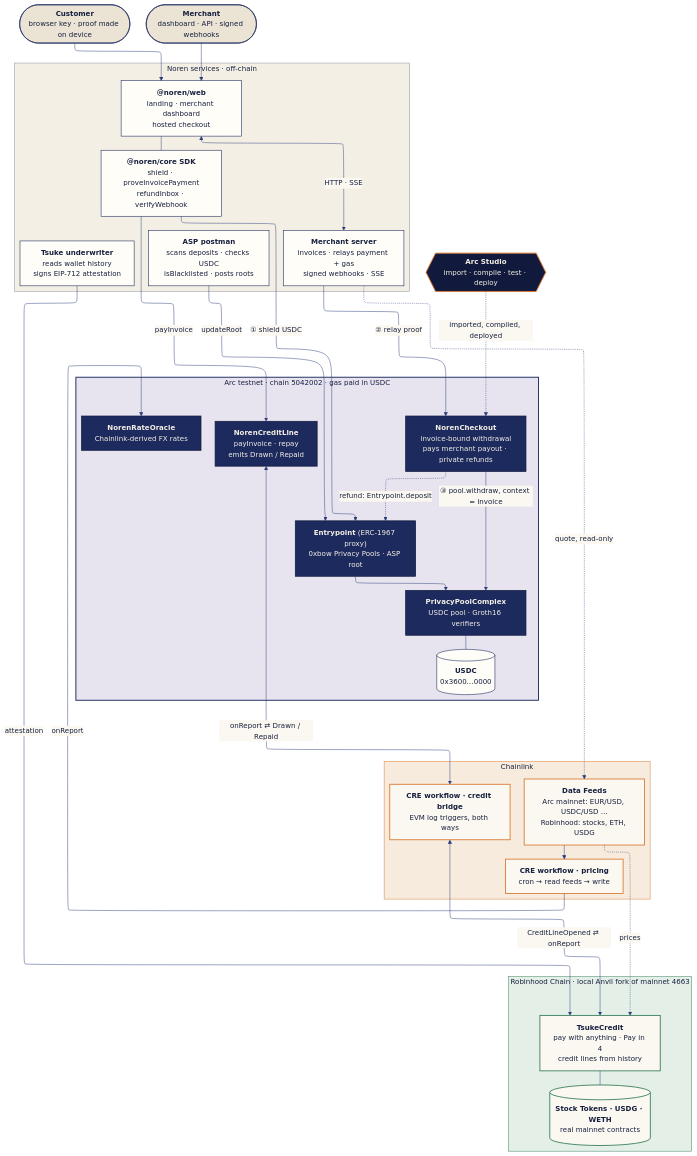
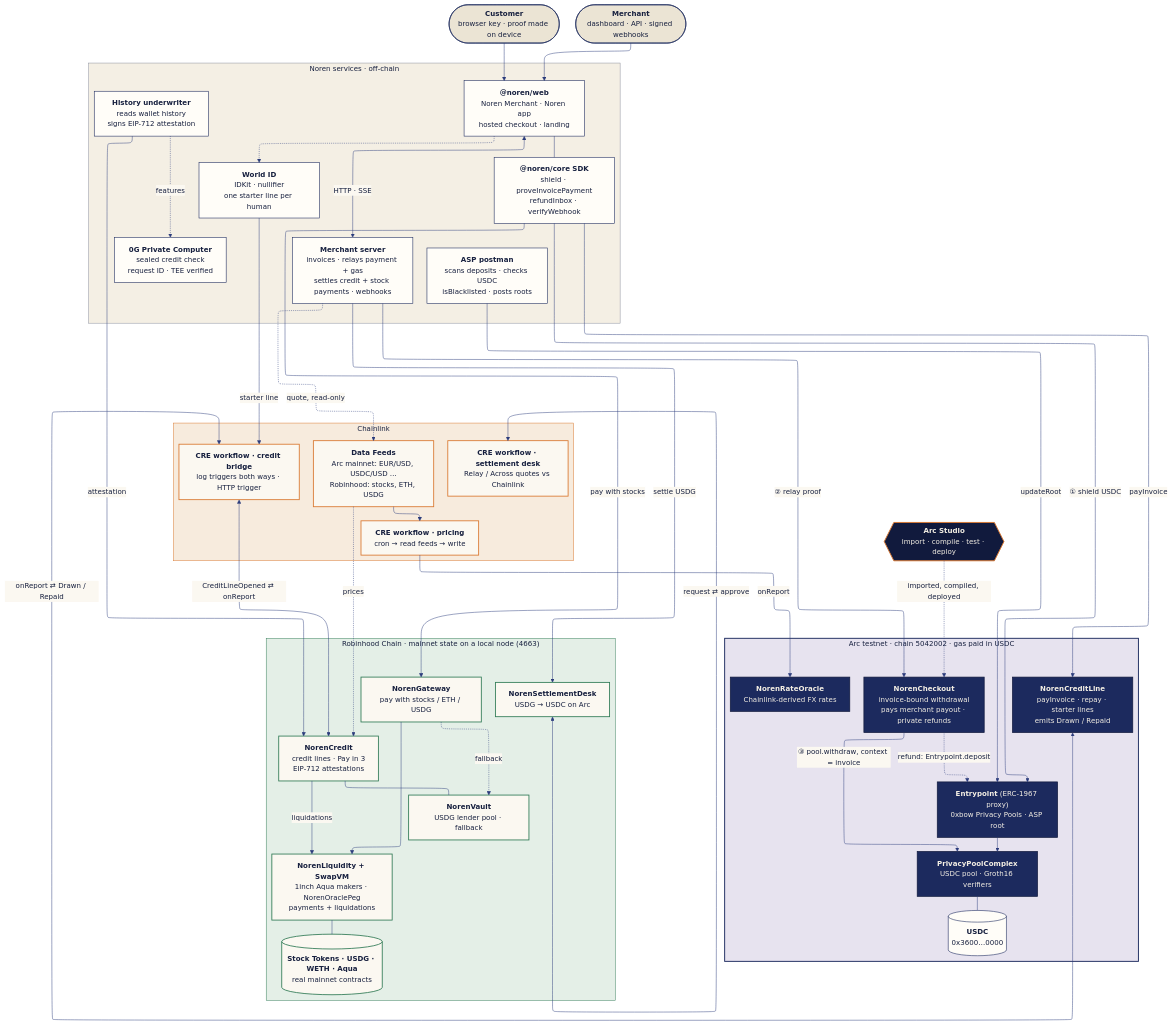
Before and after one commit to nickthelegend/noren: the diagram in docs/img/architecture.mmd, drawn with Mermaid. The commit also changed 4 other files, not shown here.

Commit message:
Docs: final architecture (NorenCredit, Aqua makers, settlement desk, World ID, 0G), drop branch status from ARC.md, fork-simulate defaults to HEAD

```diff
--- a/docs/img/architecture.mmd
+++ b/docs/img/architecture.mmd
@@ -1,77 +1,94 @@
 %%{init: {"theme": "base", "layout": "elk", "fontFamily": "Arial, Helvetica, sans-serif", "flowchart": {"curve": "basis", "nodeSpacing": 34, "rankSpacing": 64, "padding": 14, "htmlLabels": true}, "themeVariables": {"fontFamily": "Arial, Helvetica, sans-serif", "fontSize": "15px", "primaryColor": "#fbf8f1", "primaryTextColor": "#17203f", "primaryBorderColor": "#1c2a5e", "lineColor": "#2c3d7c", "clusterBkg": "#f4efe4", "clusterBorder": "#1c2a5e", "edgeLabelBackground": "#fbf8f1", "titleColor": "#17203f"}}}%%
 flowchart TB
   CUS(["<b>Customer</b><br/>browser key · proof made on device"])
   MER(["<b>Merchant</b><br/>dashboard · API · signed webhooks"])
 
   subgraph OFF["Noren services · off-chain"]
     direction LR
-    WEB["<b>@noren/web</b><br/>landing · merchant dashboard<br/>hosted checkout"]
+    WEB["<b>@noren/web</b><br/>Noren Merchant · Noren app<br/>hosted checkout · landing"]
     SDK["<b>@noren/core SDK</b><br/>shield · proveInvoicePayment<br/>refundInbox · verifyWebhook"]
-    SRV["<b>Merchant server</b><br/>invoices · relays payment + gas<br/>signed webhooks · SSE"]
+    SRV["<b>Merchant server</b><br/>invoices · relays payment + gas<br/>settles credit + stock payments · webhooks"]
     ASP["<b>ASP postman</b><br/>scans deposits · checks USDC<br/>isBlacklisted · posts roots"]
-    UW["<b>Tsuke underwriter</b><br/>reads wallet history<br/>signs EIP-712 attestation"]
+    UW["<b>History underwriter</b><br/>reads wallet history<br/>signs EIP-712 attestation"]
+    ZG["<b>0G Private Computer</b><br/>sealed credit check<br/>request ID · TEE verified"]
+    WID["<b>World ID</b><br/>IDKit · nullifier<br/>one starter line per human"]
   end
 
   subgraph ARC["Arc testnet · chain 5042002 · gas paid in USDC"]
     direction LR
-    CL["<b>NorenCreditLine</b><br/>payInvoice · repay<br/>emits Drawn / Repaid"]
+    CL["<b>NorenCreditLine</b><br/>payInvoice · repay · starter lines<br/>emits Drawn / Repaid"]
     CO["<b>NorenCheckout</b><br/>invoice-bound withdrawal<br/>pays merchant payout · private refunds"]
     EP["<b>Entrypoint</b> (ERC-1967 proxy)<br/>0xbow Privacy Pools · ASP root"]
     POOL["<b>PrivacyPoolComplex</b><br/>USDC pool · Groth16 verifiers"]
     USDC[("<b>USDC</b><br/>0x3600…0000")]
     RO["<b>NorenRateOracle</b><br/>Chainlink-derived FX rates"]
   end
 
   STUDIO{{"<b>Arc Studio</b><br/>import · compile · test · deploy"}}
 
   subgraph CLK["Chainlink"]
     direction LR
-    CREB["<b>CRE workflow · credit bridge</b><br/>EVM log triggers, both ways"]
+    CREB["<b>CRE workflow · credit bridge</b><br/>log triggers both ways · HTTP trigger"]
+    CRES["<b>CRE workflow · settlement desk</b><br/>Relay / Across quotes vs Chainlink"]
     CREP["<b>CRE workflow · pricing</b><br/>cron → read feeds → write"]
     DF["<b>Data Feeds</b><br/>Arc mainnet: EUR/USD, USDC/USD …<br/>Robinhood: stocks, ETH, USDG"]
   end
 
-  subgraph RH["Robinhood Chain · local Anvil fork of mainnet 4663"]
+  subgraph RH["Robinhood Chain · mainnet state on a local node (4663)"]
     direction LR
-    TS["<b>TsukeCredit</b><br/>pay with anything · Pay in 4<br/>credit lines from history"]
-    ST[("<b>Stock Tokens · USDG · WETH</b><br/>real mainnet contracts")]
+    TS["<b>NorenCredit</b><br/>credit lines · Pay in 3<br/>EIP-712 attestations"]
+    GW["<b>NorenGateway</b><br/>pay with stocks / ETH / USDG"]
+    LQ["<b>NorenLiquidity + SwapVM</b><br/>1inch Aqua makers · NorenOraclePeg<br/>payments + liquidations"]
+    VA["<b>NorenVault</b><br/>USDG lender pool · fallback"]
+    SD["<b>NorenSettlementDesk</b><br/>USDG → USDC on Arc"]
+    ST[("<b>Stock Tokens · USDG · WETH · Aqua</b><br/>real mainnet contracts")]
   end
 
   CUS --> WEB
   MER --> WEB
   WEB --- SDK
   WEB <-->|"HTTP · SSE"| SRV
   SDK -->|"① shield USDC"| EP
   SDK -->|"payInvoice"| CL
   SRV -->|"② relay proof"| CO
   CO -->|"③ pool.withdraw, context = invoice"| POOL
   CO -.->|"refund: Entrypoint.deposit"| EP
   EP --> POOL
   POOL --- USDC
   ASP -->|"updateRoot"| EP
   SRV -.->|"quote, read-only"| DF
   STUDIO -.->|"imported, compiled, deployed"| CO
   CL <-->|"onReport ⇄ Drawn / Repaid"| CREB
   CREB <-->|"CreditLineOpened ⇄ onReport"| TS
   DF --> CREP
   CREP -->|"onReport"| RO
   DF -.->|"prices"| TS
   UW -->|"attestation"| TS
-  TS --- ST
+  UW -.->|"features"| ZG
+  WEB -.-> WID
+  WID -->|"starter line"| CREB
+  SDK -->|"pay with stocks"| GW
+  GW --> LQ
+  GW -.->|"fallback"| VA
+  TS -->|"liquidations"| LQ
+  TS --- VA
+  SRV -->|"settle USDG"| SD
+  SD <-->|"request ⇄ approve"| CRES
+  LQ --- ST
 
   classDef navy fill:#1c2a5e,stroke:#111a3d,color:#f4efe4,stroke-width:1.5px
   classDef paper fill:#fffdf8,stroke:#1c2a5e,color:#17203f,stroke-width:1.2px
   classDef kaki fill:#fbf8f1,stroke:#d9772f,color:#17203f,stroke-width:1.8px
   classDef moss fill:#fbf8f1,stroke:#2f7a55,color:#17203f,stroke-width:1.8px
   classDef person fill:#ebe4d4,stroke:#1c2a5e,color:#17203f,stroke-width:1.2px
   classDef studio fill:#111a3d,stroke:#d9772f,color:#f4efe4,stroke-width:2px
   class EP,POOL,CO,CL,RO navy
-  class USDC,WEB,SDK,SRV,ASP,UW paper
-  class DF,CREP,CREB kaki
-  class TS,ST moss
+  class USDC,WEB,SDK,SRV,ASP,UW,ZG,WID paper
+  class DF,CREP,CREB,CRES kaki
+  class TS,GW,LQ,VA,SD,ST moss
   class CUS,MER person
   class STUDIO studio
   style OFF fill:#f4efe4,stroke:#868a99,color:#17203f
   style ARC fill:#e7e3ef,stroke:#1c2a5e,color:#17203f,stroke-width:2px
   style CLK fill:#f7ebdd,stroke:#d9772f,color:#17203f
   style RH fill:#e4efe7,stroke:#2f7a55,color:#17203f
```
